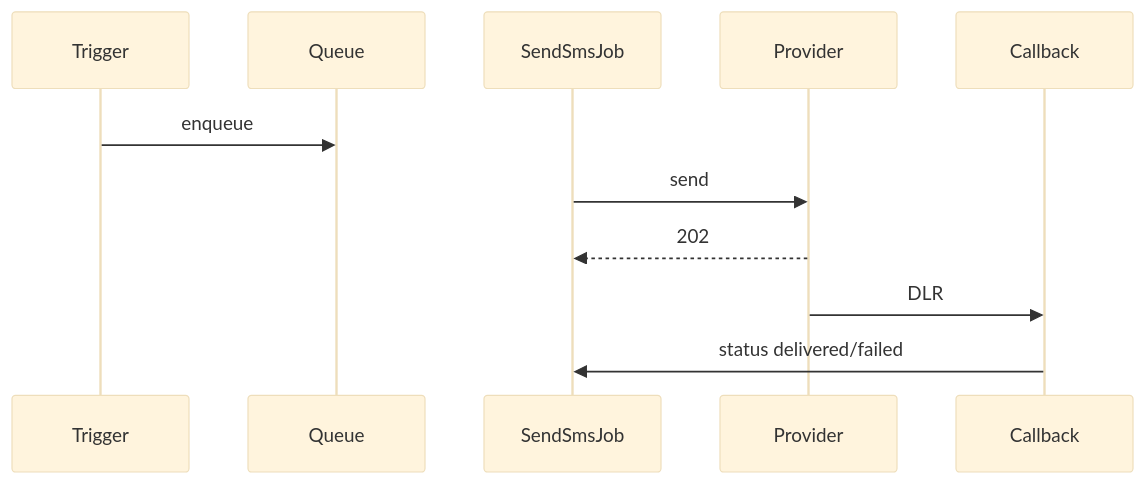
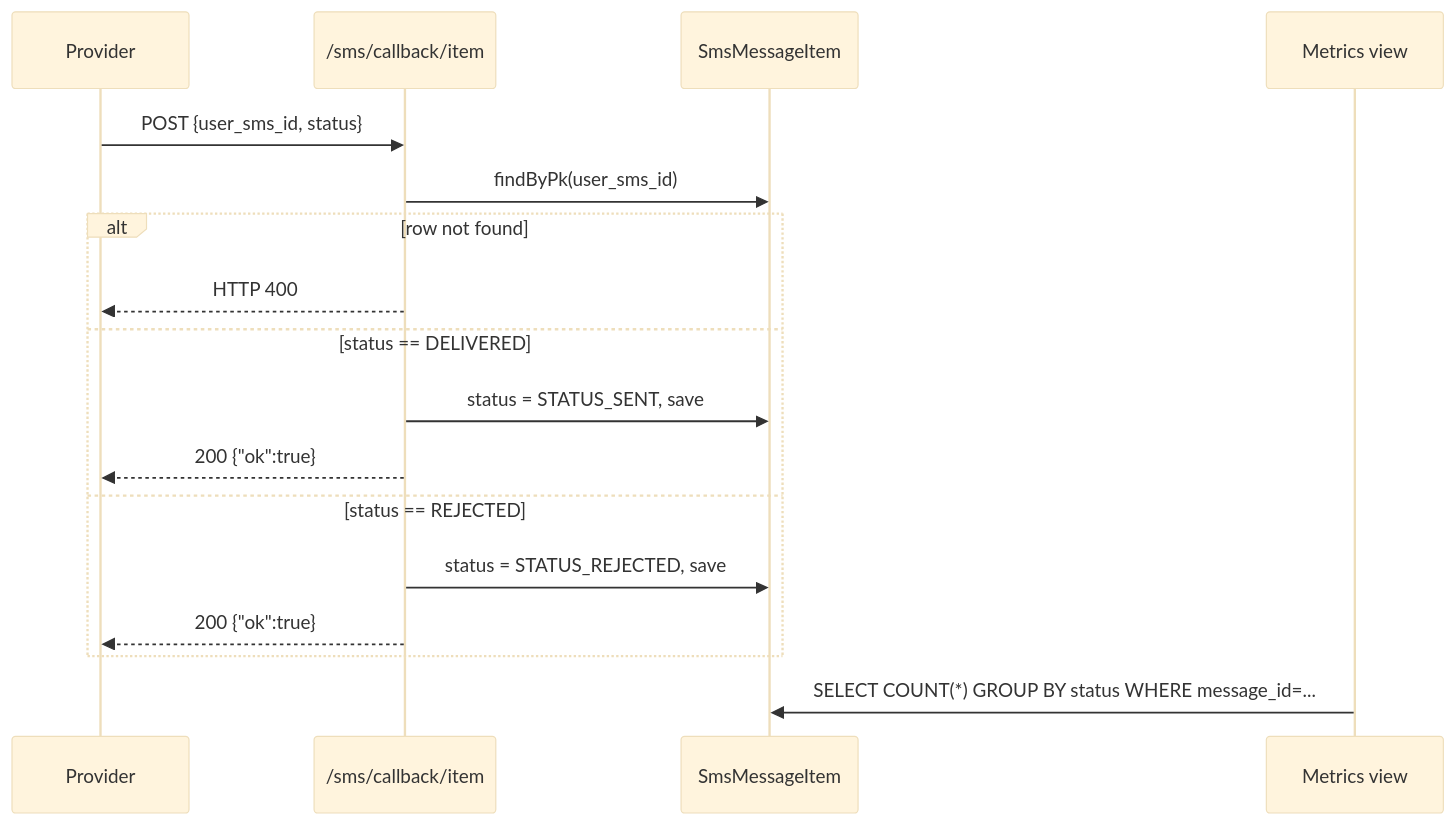
The third of 4 diagrams in docs/modules/sms.md (jamshidtulaganov/sd-doc), drawn with Mermaid (base theme) before and after one commit. The commit also changed other lines of this file and 605 other files, not shown here.

````diff
--- a/docs/modules/sms.md
+++ b/docs/modules/sms.md
@@ -29,13 +151,20 @@
 ```mermaid
 sequenceDiagram
-  participant E as Trigger
-  participant Q as Queue
-  participant J as SendSmsJob
   participant P as Provider
-  participant CB as Callback
-  E->>Q: enqueue
-  J->>P: send
-  P-->>J: 202
-  P->>CB: DLR
-  CB->>J: status delivered/failed
+  participant CB as /sms/callback/item
+  participant SI as SmsMessageItem
+  participant M as Metrics view
+
+  P->>CB: POST {user_sms_id, status}
+  CB->>SI: findByPk(user_sms_id)
+  alt row not found
+    CB-->>P: HTTP 400
+  else status == DELIVERED
+    CB->>SI: status = STATUS_SENT, save
+    CB-->>P: 200 {"ok":true}
+  else status == REJECTED
+    CB->>SI: status = STATUS_REJECTED, save
+    CB-->>P: 200 {"ok":true}
+  end
+  M->>SI: SELECT COUNT(*) GROUP BY status WHERE message_id=...
 ```
````
